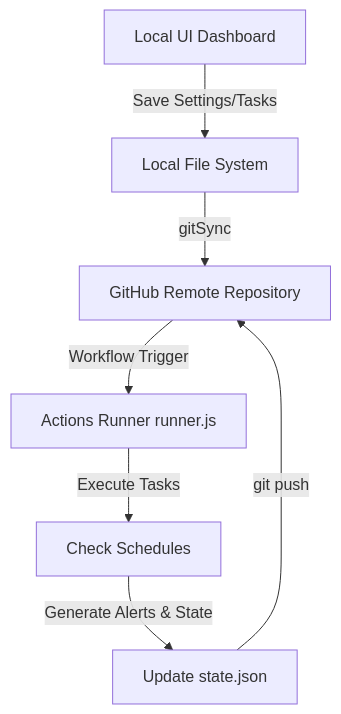
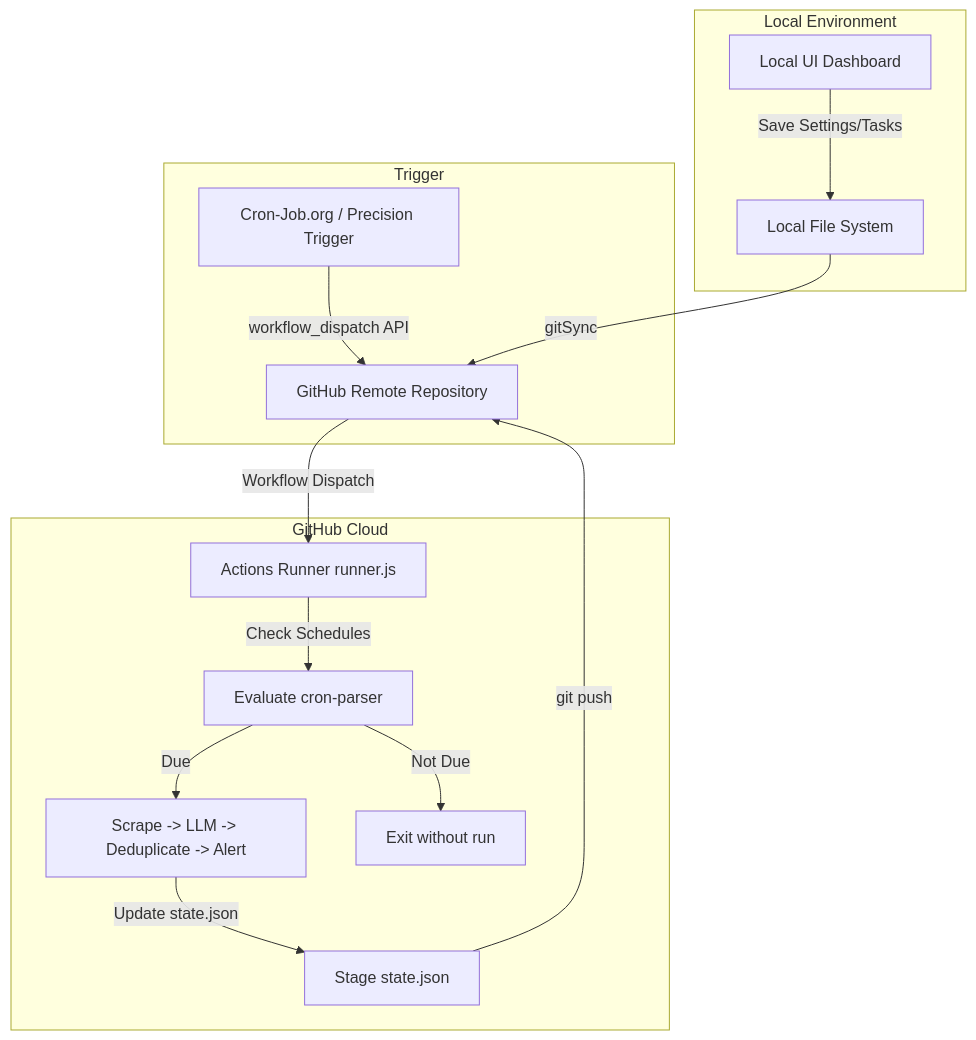
One commit to gvanilkumar/telegram-cron-alerts changed the diagram in docs/features.md. Above: the diagram before and after it, drawn with Mermaid. The commit also changed other lines of this file and 2 other files, not shown here.

Commit message:
docs: correct cloud scheduling trigger details

````diff
--- a/docs/features.md
+++ b/docs/features.md
@@ -61,9 +61,20 @@
 ```mermaid
 graph TD
-    UI[Local UI Dashboard] -->|Save Settings/Tasks| Local[Local File System]
-    Local -->|gitSync| GitHub[GitHub Remote Repository]
-    GitHub -->|Workflow Trigger| Runner[Actions Runner runner.js]
-    Runner -->|Execute Tasks| Exec[Check Schedules]
-    Exec -->|Generate Alerts & State| WriteState[Update state.json]
-    WriteState -->|git push| GitHub
+    subgraph Trigger
+        Cron[Cron-Job.org / Precision Trigger] -->|workflow_dispatch API| GitHub[GitHub Remote Repository]
+    end
+
+    subgraph Local Environment
+        UI[Local UI Dashboard] -->|Save Settings/Tasks| Local[Local File System]
+        Local -->|gitSync| GitHub
+    end
+
+    subgraph GitHub Cloud
+        GitHub -->|Workflow Dispatch| Runner[Actions Runner runner.js]
+        Runner -->|Check Schedules| Exec[Evaluate cron-parser]
+        Exec -->|Due| Alert[Scrape -> LLM -> Deduplicate -> Alert]
+        Exec -->|Not Due| Skip[Exit without run]
+        Alert -->|Update state.json| WriteState[Stage state.json]
+        WriteState -->|git push| GitHub
+    end
 ```
````
